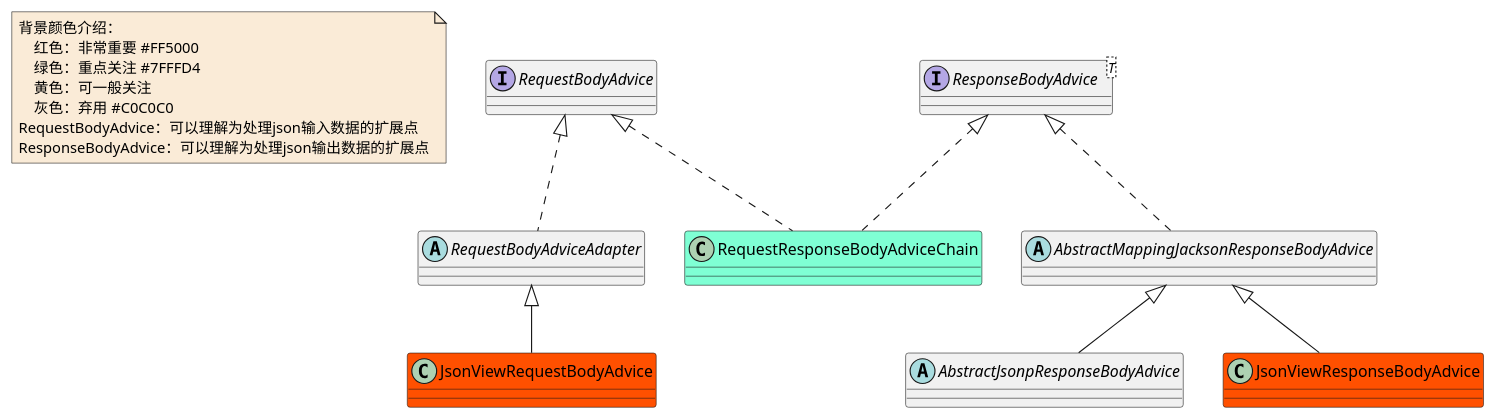
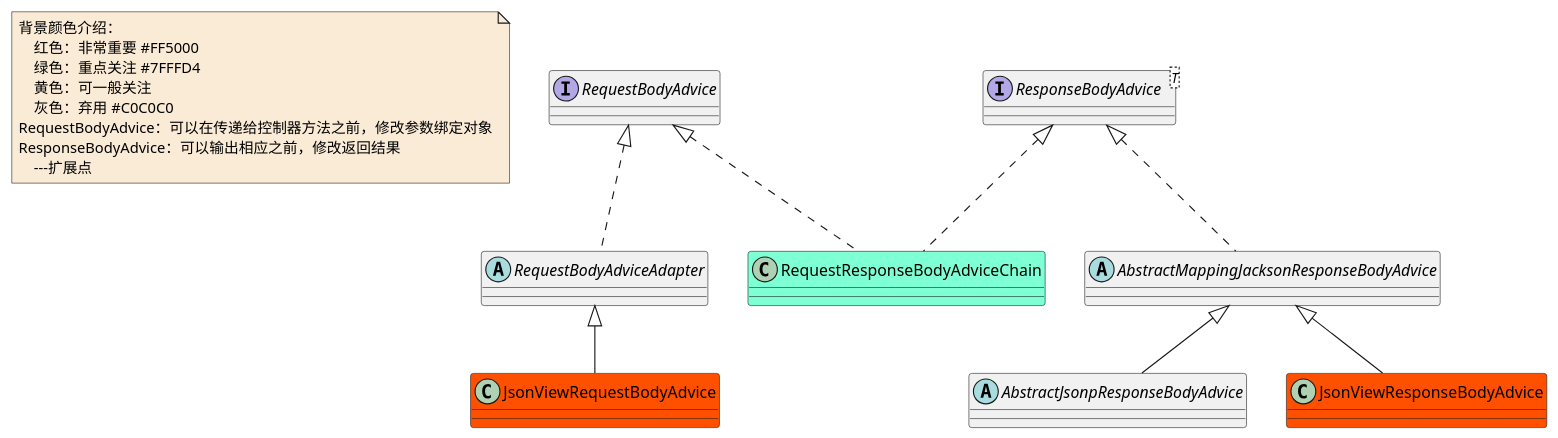
The diagram in document/spring/mvc/class/MVC-RequestResponseBodyAdviceChain-class.puml (czwer/learn-spring-code), drawn with PlantUML before and after one commit. The commit also changed 33 other files, not shown here.

Commit message:
MVC相关时序图，类图修改

```diff
--- a/document/spring/mvc/class/MVC-RequestResponseBodyAdviceChain-class.puml
+++ b/document/spring/mvc/class/MVC-RequestResponseBodyAdviceChain-class.puml
@@ -1,38 +1,39 @@
 @startuml
 
 note  as N1 #FAEBD7
     背景颜色介绍：
         红色：非常重要 #FF5000
         绿色：重点关注 #7FFFD4
         黄色：可一般关注
         灰色：弃用 #C0C0C0
-    RequestBodyAdvice：可以理解为处理json输入数据的扩展点
-    ResponseBodyAdvice：可以理解为处理json输出数据的扩展点
+    RequestBodyAdvice：可以在传递给控制器方法之前，修改参数绑定对象
+    ResponseBodyAdvice：可以输出相应之前，修改返回结果
+        ---扩展点
 end note
 
 interface RequestBodyAdvice
 class JsonViewRequestBodyAdvice #FF5000
 abstract class RequestBodyAdviceAdapter
 class RequestResponseBodyAdviceChain #7FFFD4
 
 
 
 
 interface ResponseBodyAdvice<T>
 abstract class AbstractJsonpResponseBodyAdvice
 abstract class AbstractMappingJacksonResponseBodyAdvice
 class JsonViewResponseBodyAdvice #FF5000
 
 AbstractMappingJacksonResponseBodyAdvice <|-- AbstractJsonpResponseBodyAdvice
 AbstractMappingJacksonResponseBodyAdvice <|-- JsonViewResponseBodyAdvice
 
 RequestBodyAdvice <|.. RequestBodyAdviceAdapter
 RequestBodyAdvice <|.. RequestResponseBodyAdviceChain
 
 
 RequestBodyAdviceAdapter <|-- JsonViewRequestBodyAdvice
 
 ResponseBodyAdvice <|.. AbstractMappingJacksonResponseBodyAdvice
 ResponseBodyAdvice <|.. RequestResponseBodyAdviceChain
 
 @enduml
```
